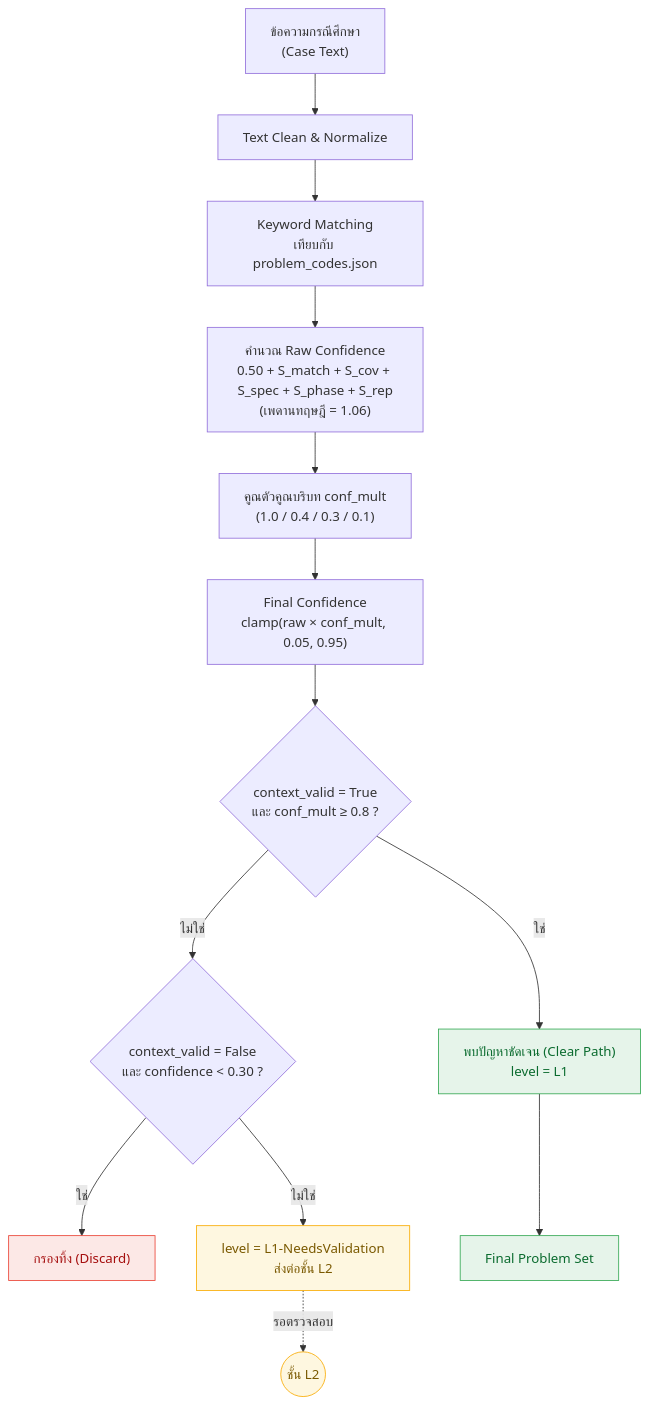
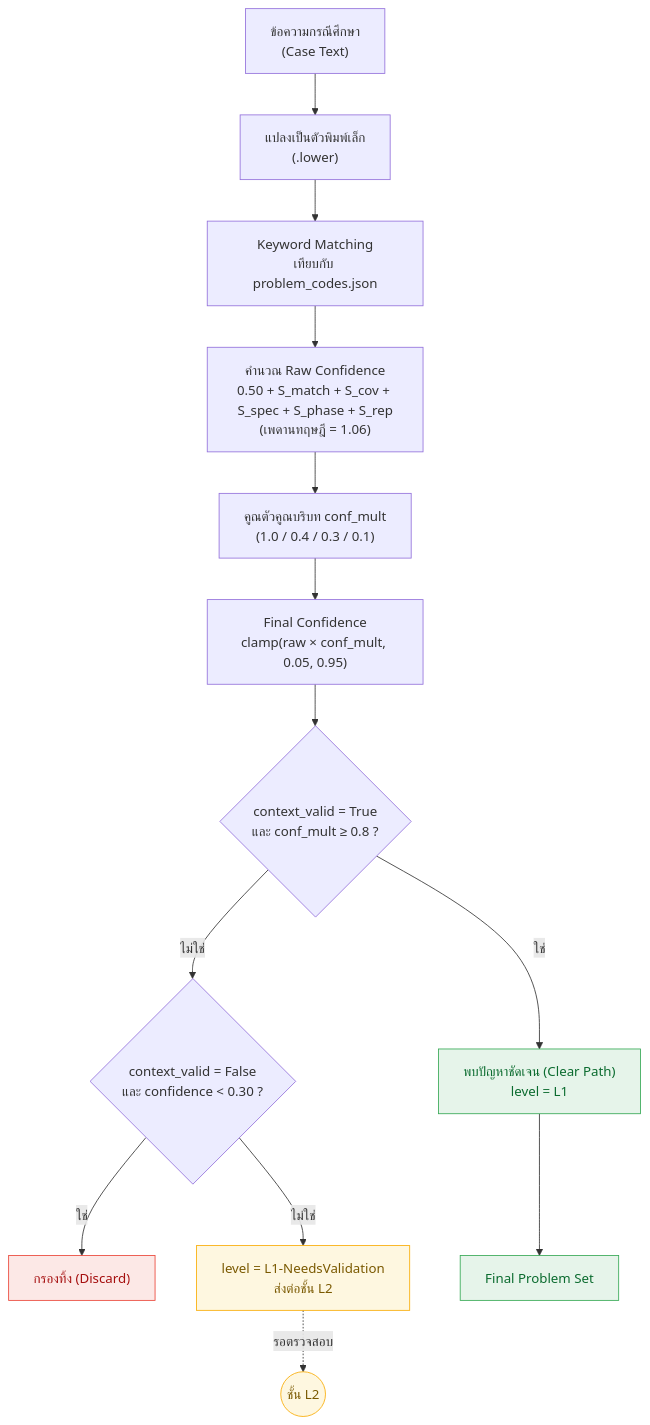
The first of 2 diagrams in md_report/diagram_L1_L2.md (Mickeychay/thesis_one-), drawn with Mermaid before and after one commit. The commit also changed other lines of this file and 55 other files, not shown here.

````diff
--- a/md_report/diagram_L1_L2.md
+++ b/md_report/diagram_L1_L2.md
@@ -5,23 +5,23 @@
 ```mermaid
 flowchart TD
-    A["ข้อความกรณีศึกษา<br/>(Case Text)"] --> B["Text Clean &amp; Normalize"]
+    A["ข้อความกรณีศึกษา<br/>(Case Text)"] --> B["แปลงเป็นตัวพิมพ์เล็ก<br/>(.lower)"]
     B --> C["Keyword Matching<br/>เทียบกับ problem_codes.json"]
     C --> D["คำนวณ Raw Confidence<br/>0.50 + S_match + S_cov + S_spec + S_phase + S_rep<br/>(เพดานทฤษฎี = 1.06)"]
     D --> E["คูณตัวคูณบริบท conf_mult<br/>(1.0 / 0.4 / 0.3 / 0.1)"]
     E --> F["Final Confidence<br/>clamp(raw × conf_mult, 0.05, 0.95)"]
     F --> G{"context_valid = True<br/>และ conf_mult ≥ 0.8 ?"}
     G -->|ใช่| H["พบปัญหาชัดเจน (Clear Path)<br/>level = L1"]
-    G -->|ไม่ใช่| I{"context_valid = False<br/>และ confidence &lt; 0.30 ?"}
+    G -->|ไม่ใช่| I{"context_valid = False<br/>และ confidence < 0.30 ?"}
     I -->|ใช่| J["กรองทิ้ง (Discard)"]
     I -->|ไม่ใช่| K["level = L1-NeedsValidation<br/>ส่งต่อชั้น L2"]
 
     H --> Z["Final Problem Set"]
     K -.->|รอตรวจสอบ| L2(("ชั้น L2"))
 
     classDef keep fill:#e6f4ea,stroke:#34a853,color:#0b6b2f;
     classDef drop fill:#fce8e6,stroke:#ea4335,color:#a50e0e;
     classDef wait fill:#fef7e0,stroke:#f9ab00,color:#7a5900;
     class H,Z keep;
     class J drop;
     class K,L2 wait;
 ```
````
